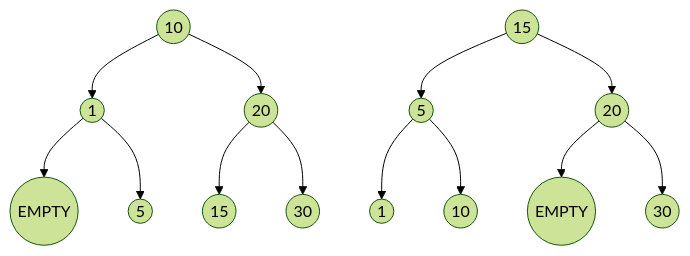
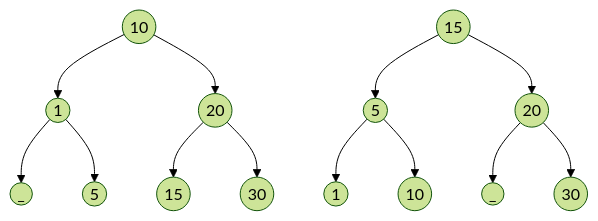
Before and after one commit to jayshozie/ceng301: the fourth of 4 diagrams in lecture-notes/w07.md, drawn with Mermaid (forest theme). The commit also changed other lines of this file, not shown here.

````diff
--- a/lecture-notes/w07.md
+++ b/lecture-notes/w07.md
@@ -441,17 +441,17 @@
 ```mermaid
 graph TB
 
 A((10)) --> B((1))
-B --> Z((EMPTY))
+B --> Z((_))
 B --> D((5))
 A((10)) --> C((20))
 C --> E((15))
 C --> F((30))
 
 G((15)) --> H((5))
 H --> J((1))
 H --> K((10))
 G --> I((20))
-I --> Y((EMPTY))
+I --> Y((_))
 I --> L((30))
 ```
````
